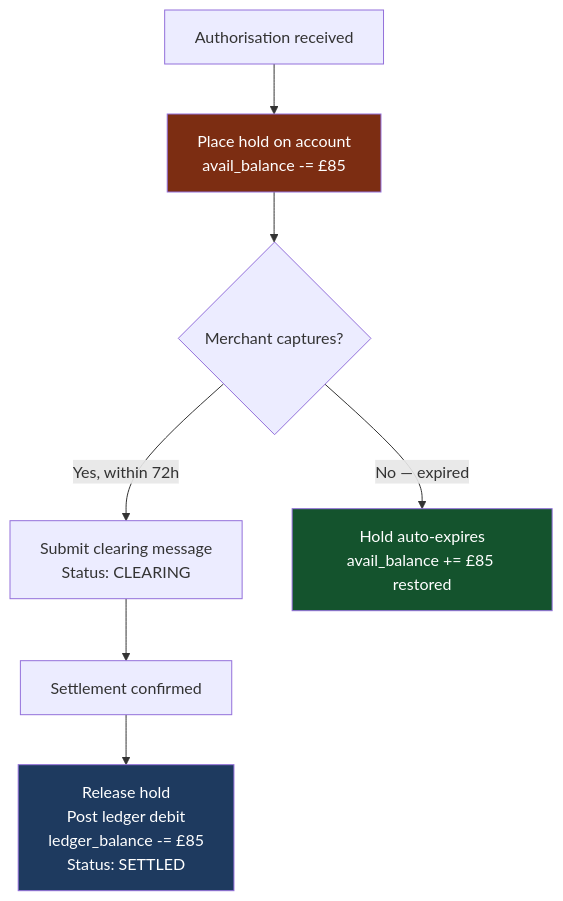
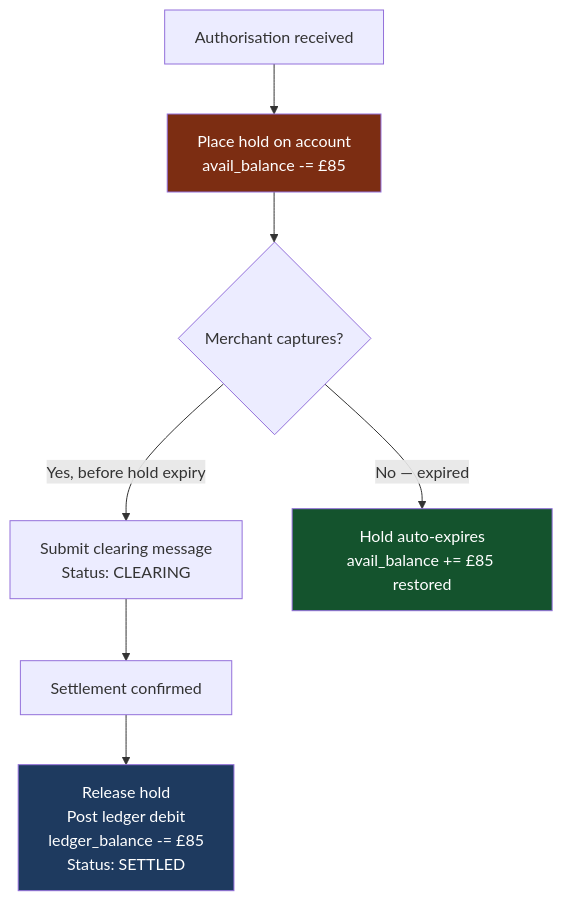
Before and after one commit to mostafasroor1983/fintech-engineering-mastery: the fourth of 4 diagrams in docs/content/tracks/track-04-banking-systems/lesson-02-payment-processing/index.md, drawn with Mermaid. The commit also changed other lines of this file and 345 other files, not shown here.

````diff
--- a/docs/content/tracks/track-04-banking-systems/lesson-02-payment-processing/index.md
+++ b/docs/content/tracks/track-04-banking-systems/lesson-02-payment-processing/index.md
@@ -321,13 +332,13 @@
 ```mermaid
 graph TD
     A[Authorisation received] --> B[Place hold on account\navail_balance -= £85]
     B --> C{Merchant captures?}
-    C -->|Yes, within 72h| D[Submit clearing message\nStatus: CLEARING]
+    C -->|Yes, before hold expiry| D[Submit clearing message\nStatus: CLEARING]
     C -->|No — expired| E[Hold auto-expires\navail_balance += £85 restored]
     D --> F[Settlement confirmed]
     F --> G[Release hold\nPost ledger debit\nledger_balance -= £85\nStatus: SETTLED]
 
     style B fill:#7c2d12,color:#ffffff
     style E fill:#14532d,color:#ffffff
     style G fill:#1e3a5f,color:#ffffff
 ```
````
